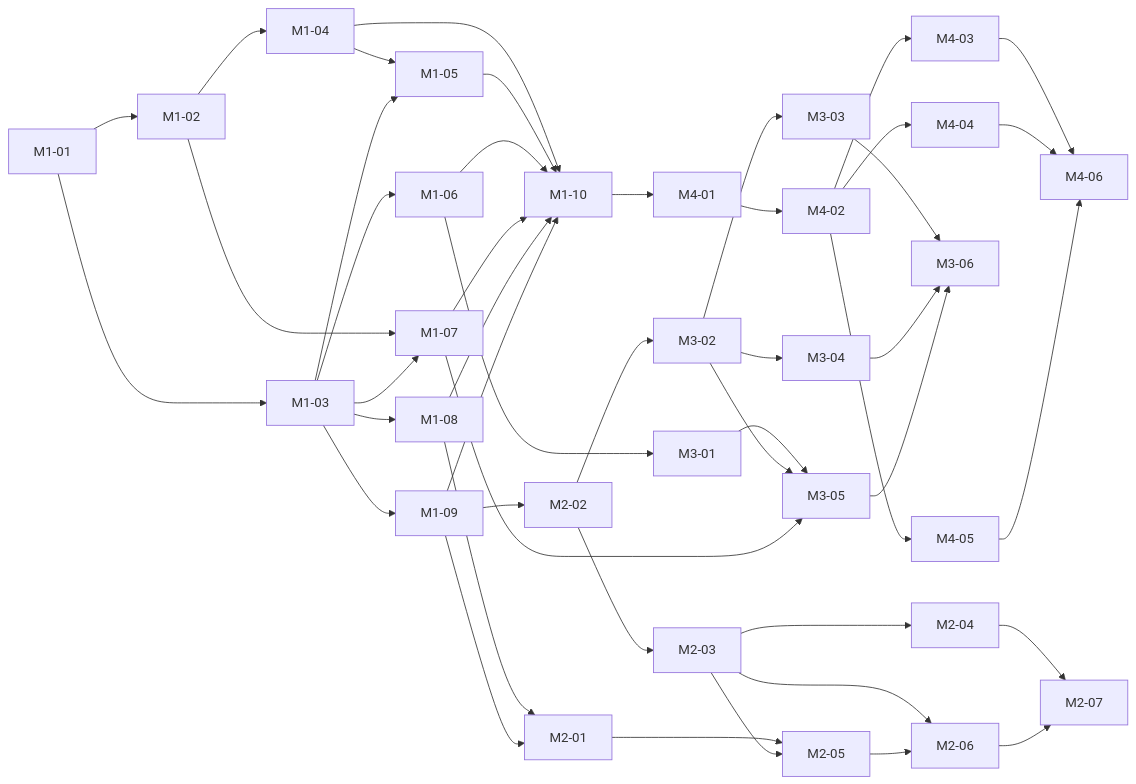
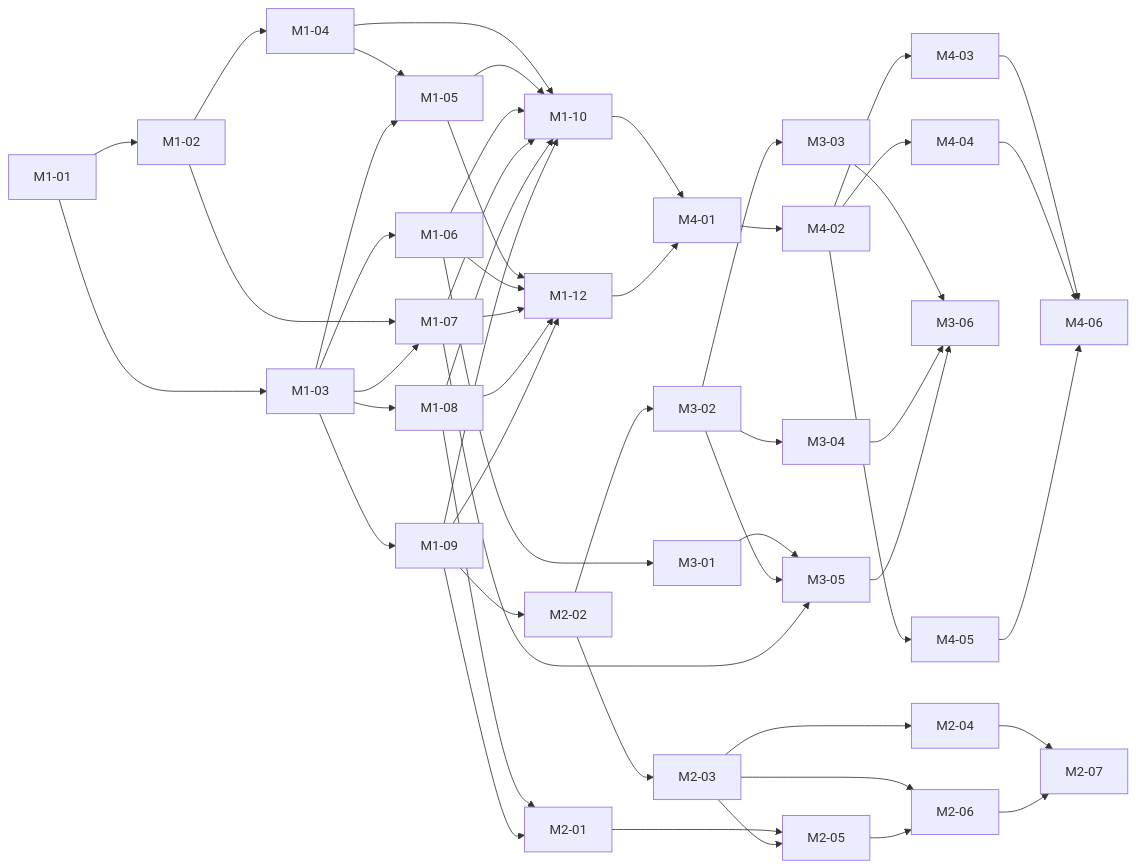
Before and after one commit to Duresa7/app-portal: the diagram in docs/ROADMAP.md, drawn with Mermaid. The commit also changed other lines of this file and 3 other files, not shown here.

````diff
--- a/docs/ROADMAP.md
+++ b/docs/ROADMAP.md
@@ -70,25 +71,26 @@
 ```mermaid
 graph LR
   M1-01 --> M1-02 --> M1-04 --> M1-05
   M1-01 --> M1-03 --> M1-05
   M1-03 --> M1-06
   M1-02 --> M1-07
   M1-03 --> M1-07
   M1-03 --> M1-08
   M1-03 --> M1-09
   M1-04 & M1-05 & M1-06 & M1-07 & M1-08 & M1-09 --> M1-10
   M1-08 & M1-09 --> M2-01
   M1-09 --> M2-02 --> M2-03 --> M2-04
   M2-01 & M2-03 --> M2-05
   M2-03 & M2-05 --> M2-06
   M2-04 & M2-06 --> M2-07
   M1-06 --> M3-01
   M2-02 --> M3-02 --> M3-03
   M3-02 --> M3-04
   M3-01 & M3-02 & M1-07 --> M3-05
   M3-03 & M3-04 & M3-05 --> M3-06
-  M1-10 --> M4-01 --> M4-02 --> M4-03
+  M1-05 & M1-06 & M1-07 & M1-08 & M1-09 --> M1-12
+  M1-10 & M1-12 --> M4-01 --> M4-02 --> M4-03
   M4-02 --> M4-04
   M4-02 --> M4-05
   M4-03 & M4-04 & M4-05 --> M4-06
 ```
````
